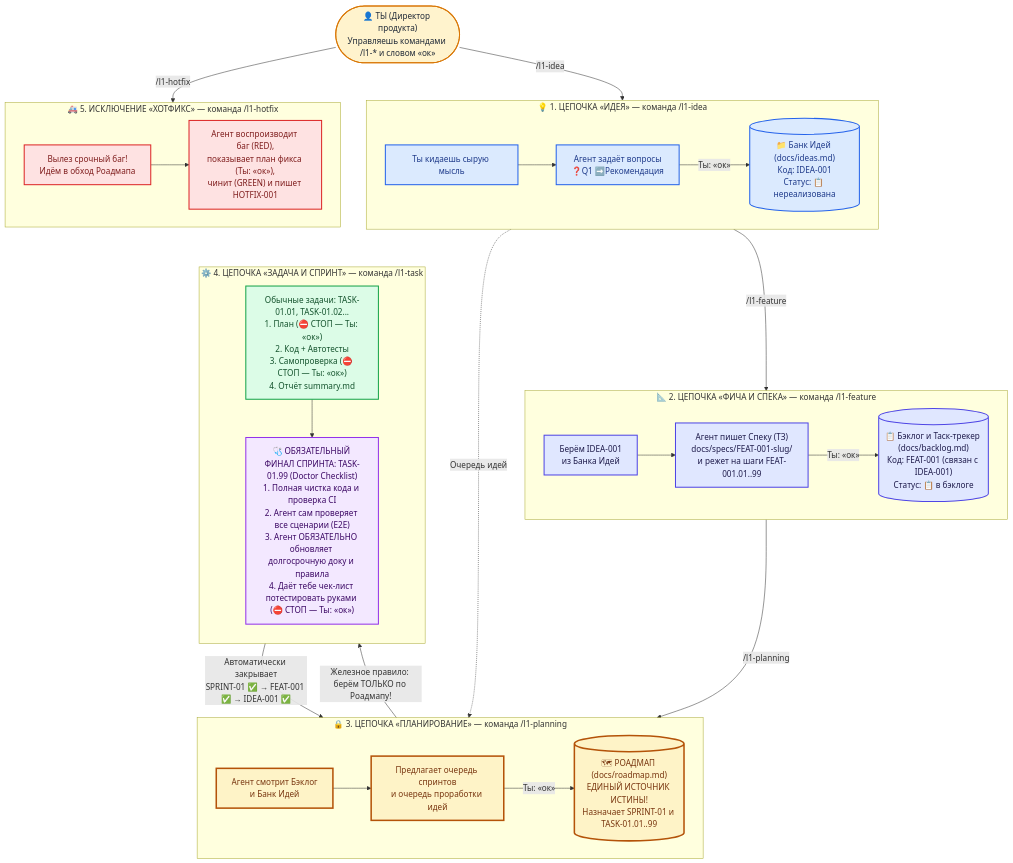
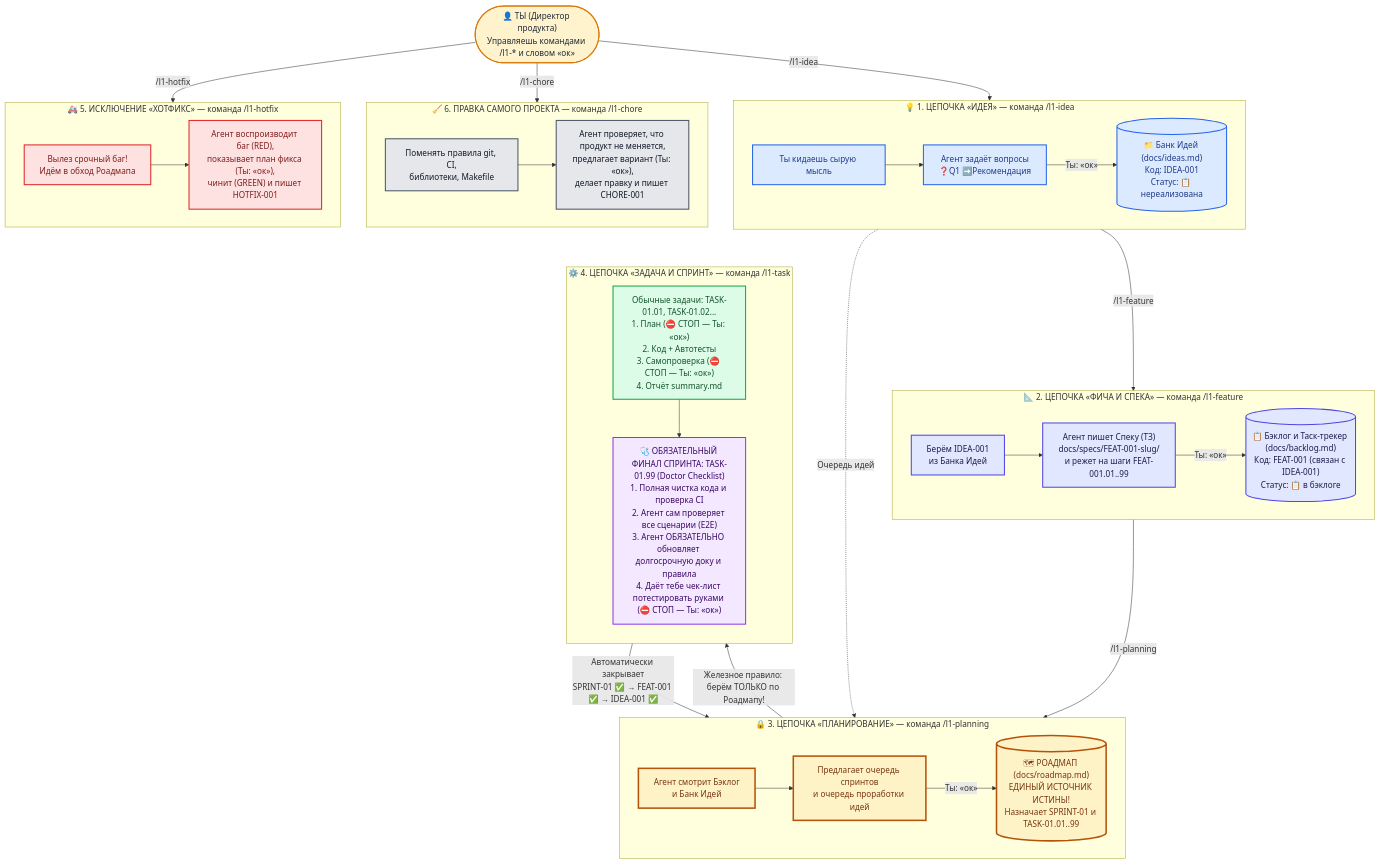
The first of 2 diagrams in site/guide.md (ledvanoff/l1dder), drawn with Mermaid before and after one commit. The commit also changed other lines of this file and 45 other files, not shown here.

````diff
--- a/site/guide.md
+++ b/site/guide.md
@@ -42,50 +43,57 @@
 ```mermaid
 flowchart TB
     classDef human fill:#FFF3CD,stroke:#D97706,stroke-width:2px,color:#1F2937
     classDef ideaFlow fill:#DBEAFE,stroke:#2563EB,stroke-width:2px,color:#1E3A8A
     classDef featFlow fill:#E0E7FF,stroke:#4F46E5,stroke-width:2px,color:#1E1B4B
     classDef planFlow fill:#FEF3C7,stroke:#B45309,stroke-width:3px,color:#78350F
     classDef taskFlow fill:#DCFCE7,stroke:#16A34A,stroke-width:2px,color:#14532D
     classDef doctorFlow fill:#F3E8FF,stroke:#9333EA,stroke-width:2px,color:#3B0764
     classDef hotfixFlow fill:#FEE2E2,stroke:#DC2626,stroke-width:2px,color:#7F1D1D
+    classDef choreFlow fill:#E5E7EB,stroke:#4B5563,stroke-width:2px,color:#111827
 
     YOU(["👤 ТЫ (Директор продукта)<br/>Управляешь командами /l1-* и словом «ок»"]):::human
 
     subgraph CHAIN1["💡 1. ЦЕПОЧКА «ИДЕЯ» — команда /l1-idea"]
         direction LR
         I1["Ты кидаешь сырую мысль"]:::ideaFlow --> I2["Агент задаёт вопросы<br/>❓Q1 ➡️Рекомендация"]:::ideaFlow
         I2 -->|"Ты: «ок»"| I3[("📁 Банк Идей (docs/ideas.md)<br/>Код: IDEA-001<br/>Статус: 📋 нереализована")]:::ideaFlow
     end
 
     subgraph CHAIN2["📐 2. ЦЕПОЧКА «ФИЧА И СПЕКА» — команда /l1-feature"]
         direction LR
         F1["Берём IDEA-001<br/>из Банка Идей"]:::featFlow --> F2["Агент пишет Спеку (ТЗ)<br/>docs/specs/FEAT-001-slug/<br/>и режет на шаги FEAT-001.01..99"]:::featFlow
         F2 -->|"Ты: «ок»"| F3[("📋 Бэклог и Таск-трекер (docs/backlog.md)<br/>Код: FEAT-001 (связан с IDEA-001)<br/>Статус: 📋 в бэклоге")]:::featFlow
     end
 
     subgraph CHAIN3["🔒 3. ЦЕПОЧКА «ПЛАНИРОВАНИЕ» — команда /l1-planning"]
         direction LR
         P1["Агент смотрит Бэклог<br/>и Банк Идей"]:::planFlow --> P2["Предлагает очередь спринтов<br/>и очередь проработки идей"]:::planFlow
         P2 -->|"Ты: «ок»"| P3[("🗺 РОАДМАП (docs/roadmap.md)<br/>ЕДИНЫЙ ИСТОЧНИК ИСТИНЫ!<br/>Назначает SPRINT-01 и TASK-01.01..99")]:::planFlow
     end
 
     subgraph CHAIN4["⚙️ 4. ЦЕПОЧКА «ЗАДАЧА И СПРИНТ» — команда /l1-task"]
         direction TB
         T1["Обычные задачи: TASK-01.01, TASK-01.02...<br/>1. План (⛔ СТОП — Ты: «ок»)<br/>2. Код + Автотесты<br/>3. Самопроверка (⛔ СТОП — Ты: «ок»)<br/>4. Отчёт summary.md"]:::taskFlow
         T2["🩺 ОБЯЗАТЕЛЬНЫЙ ФИНАЛ СПРИНТА: TASK-01.99 (Doctor Checklist)<br/>1. Полная чистка кода и проверка CI<br/>2. Агент сам проверяет все сценарии (E2E)<br/>3. Агент ОБЯЗАТЕЛЬНО обновляет долгосрочную доку и правила<br/>4. Даёт тебе чек-лист потестировать руками (⛔ СТОП — Ты: «ок»)"]:::doctorFlow
         T1 --> T2
     end
 
     subgraph CHAIN5["🚑 5. ИСКЛЮЧЕНИЕ «ХОТФИКС» — команда /l1-hotfix"]
         direction LR
         H1["Вылез срочный баг!<br/>Идём в обход Роадмапа"]:::hotfixFlow --> H2["Агент воспроизводит баг (RED),<br/>показывает план фикса (Ты: «ок»),<br/>чинит (GREEN) и пишет HOTFIX-001"]:::hotfixFlow
     end
 
+    subgraph CHAIN6["🧹 6. ПРАВКА САМОГО ПРОЕКТА — команда /l1-chore"]
+        direction LR
+        C1["Поменять правила git, CI,<br/>библиотеки, Makefile"]:::choreFlow --> C2["Агент проверяет, что продукт не меняется,<br/>предлагает вариант (Ты: «ок»),<br/>делает правку и пишет CHORE-001"]:::choreFlow
+    end
+
     YOU -->|"/l1-idea"| CHAIN1
     I3 -->|"/l1-feature"| CHAIN2
     F3 -->|"/l1-planning"| CHAIN3
     I3 -.->|"Очередь идей"| CHAIN3
     P3 -->|"Железное правило: берём ТОЛЬКО по Роадмапу!"| CHAIN4
     T2 -->|"Автоматически закрывает<br/>SPRINT-01 ✅ → FEAT-001 ✅ → IDEA-001 ✅"| P3
     YOU -->|"/l1-hotfix"| CHAIN5
+    YOU -->|"/l1-chore"| CHAIN6
 ```
````
